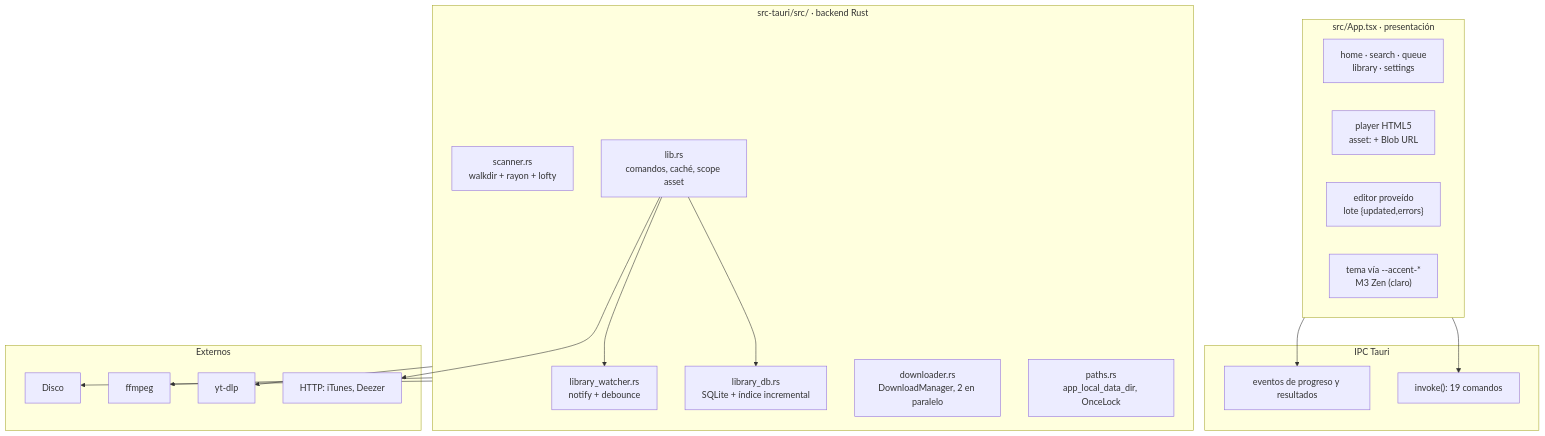
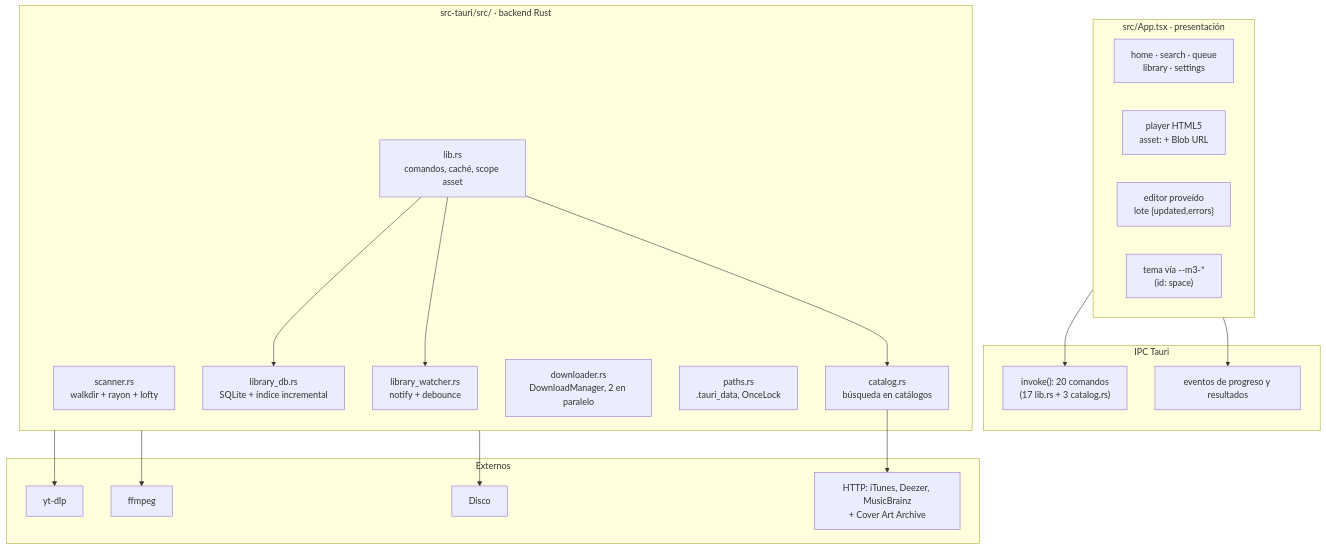
One commit to YordanoCS1/sakura-music changed the second of 5 diagrams in docs/arquitectura.md. Above: the diagram before and after it, drawn with Mermaid. The commit also changed other lines of this file and 29 other files, not shown here.

````diff
--- a/docs/arquitectura.md
+++ b/docs/arquitectura.md
@@ -26,39 +26,41 @@
 ```mermaid
 flowchart TB
     subgraph UI["src/App.tsx · presentación"]
         HOME["home · search · queue<br/>library · settings"]
         PLAYER["player HTML5<br/>asset: + Blob URL"]
         EDITOR["editor proveído<br/>lote {updated,errors}"]
-        THEME["tema vía --accent-*<br/>M3 Zen (claro)"]
+        THEME["tema vía --m3-*<br/>(id: space)"]
     end
 
     subgraph IPC["IPC Tauri"]
-        CMD["invoke(): 19 comandos"]
+        CMD["invoke(): 20 comandos<br/>(17 lib.rs + 3 catalog.rs)"]
         EVT["eventos de progreso y resultados"]
     end
 
     subgraph CORE["src-tauri/src/ · backend Rust"]
         SCAN["scanner.rs<br/>walkdir + rayon + lofty"]
         DB["library_db.rs<br/>SQLite + índice incremental"]
         WATCH["library_watcher.rs<br/>notify + debounce"]
         DL["downloader.rs<br/>DownloadManager, 2 en paralelo"]
-        PATH["paths.rs<br/>app_local_data_dir, OnceLock"]
+        PATH["paths.rs<br/>.tauri_data, OnceLock"]
         LIB["lib.rs<br/>comandos, caché, scope asset"]
+        CATALOG["catalog.rs<br/>búsqueda en catálogos"]
     end
 
     subgraph EXT["Externos"]
         YTDLP["yt-dlp"]
         FFMPEG["ffmpeg"]
-        NET["HTTP: iTunes, Deezer"]
+        NET["HTTP: iTunes, Deezer, MusicBrainz<br/>+ Cover Art Archive"]
         DISK["Disco"]
     end
 
     UI --> CMD
     UI --> EVT
     LIB --> DB
     LIB --> WATCH
+    LIB --> CATALOG
     CORE --> YTDLP
     CORE --> FFMPEG
-    LIB --> NET
+    CATALOG --> NET
     CORE --> DISK
 ```
````
